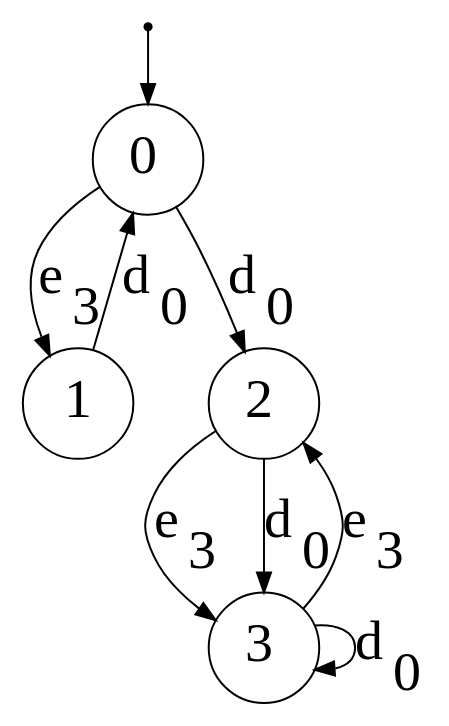
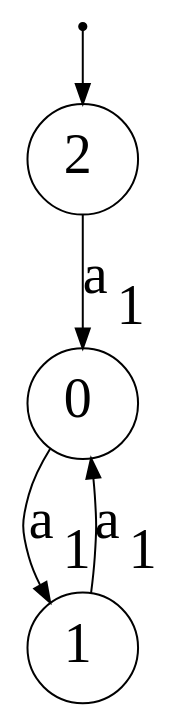
Before and after one commit to Reithger/Finite-State-Machine-Model: the diagram in dotsource.dot, drawn with Graphviz. The commit also changed 2 other files, not shown here.

```diff
--- a/dotsource.dot
+++ b/dotsource.dot
@@ -1,15 +1,10 @@
 digraph G {
 "n0"[label= <0> shape=circle color="black" style=wedged fillcolor="white" style=filled fontsize="28"];
-"ArbitraryUnusedNameNoWorriesJustGrooving1"[fontSize=1 shape=point];
 "n1"[label= <1> shape=circle color="black" style=wedged fillcolor="white" style=filled fontsize="28"];
 "n2"[label= <2> shape=circle color="black" style=wedged fillcolor="white" style=filled fontsize="28"];
-"n3"[label= <3> shape=circle color="black" style=wedged fillcolor="white" style=filled fontsize="28"];
-{"ArbitraryUnusedNameNoWorriesJustGrooving1"}->{"n0"};
-{"n0"}->{"n1"}[label = <e<sub>3</sub>> color="black" arrowhead="normal" style="" fontsize="28"];
-{"n0"}->{"n2"}[label = <d<sub>0</sub>> color="black" arrowhead="normal" style="" fontsize="28"];
-{"n1"}->{"n0"}[label = <d<sub>0</sub>> color="black" arrowhead="normal" style="" fontsize="28"];
-{"n2"}->{"n3"}[label = <e<sub>3</sub>> color="black" arrowhead="normal" style="" fontsize="28"];
-{"n2"}->{"n3"}[label = <d<sub>0</sub>> color="black" arrowhead="normal" style="" fontsize="28"];
-{"n3"}->{"n2"}[label = <e<sub>3</sub>> color="black" arrowhead="normal" style="" fontsize="28"];
-{"n3"}->{"n3"}[label = <d<sub>0</sub>> color="black" arrowhead="normal" style="" fontsize="28"];
+"ArbitraryUnusedNameNoWorriesJustGrooving3"[fontSize=1 shape=point];
+{"ArbitraryUnusedNameNoWorriesJustGrooving3"}->{"n2"};
+{"n0"}->{"n1"}[label = <a<sub>1</sub>> color="black" arrowhead="normal" style="" fontsize="28"];
+{"n1"}->{"n0"}[label = <a<sub>1</sub>> color="black" arrowhead="normal" style="" fontsize="28"];
+{"n2"}->{"n0"}[label = <a<sub>1</sub>> color="black" arrowhead="normal" style="" fontsize="28"];
 }
```
